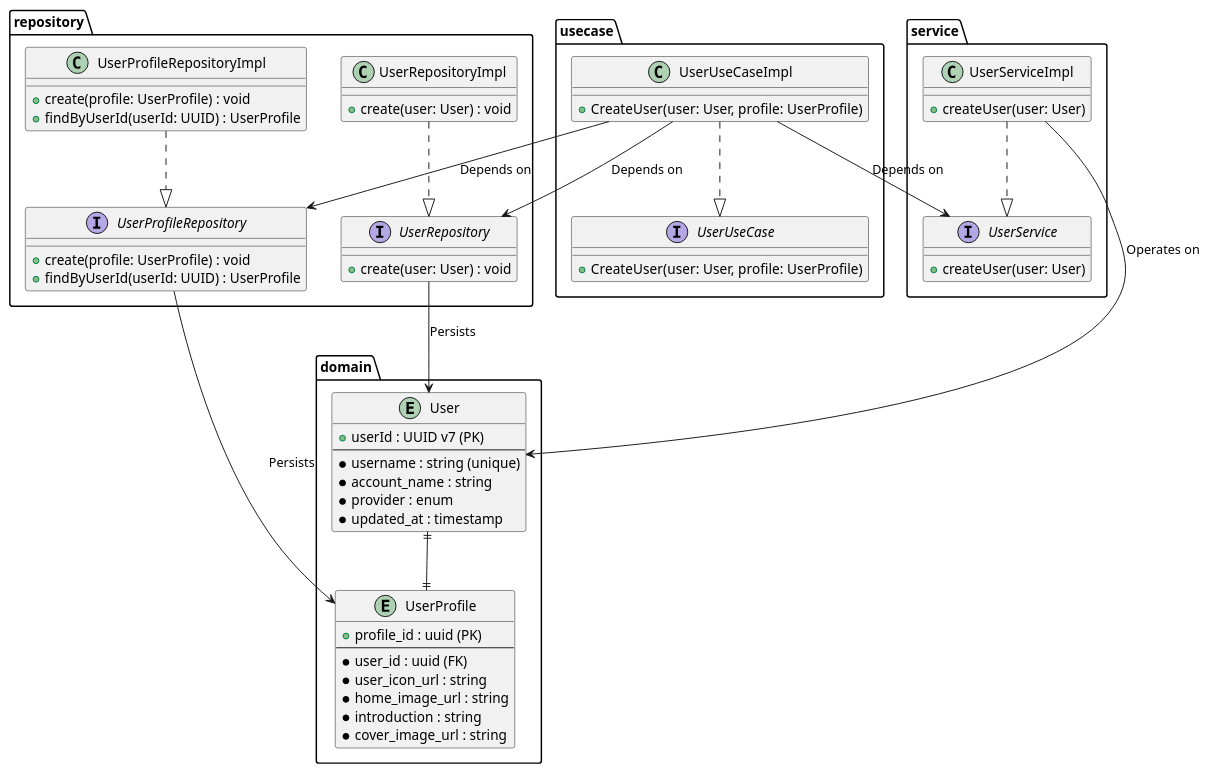
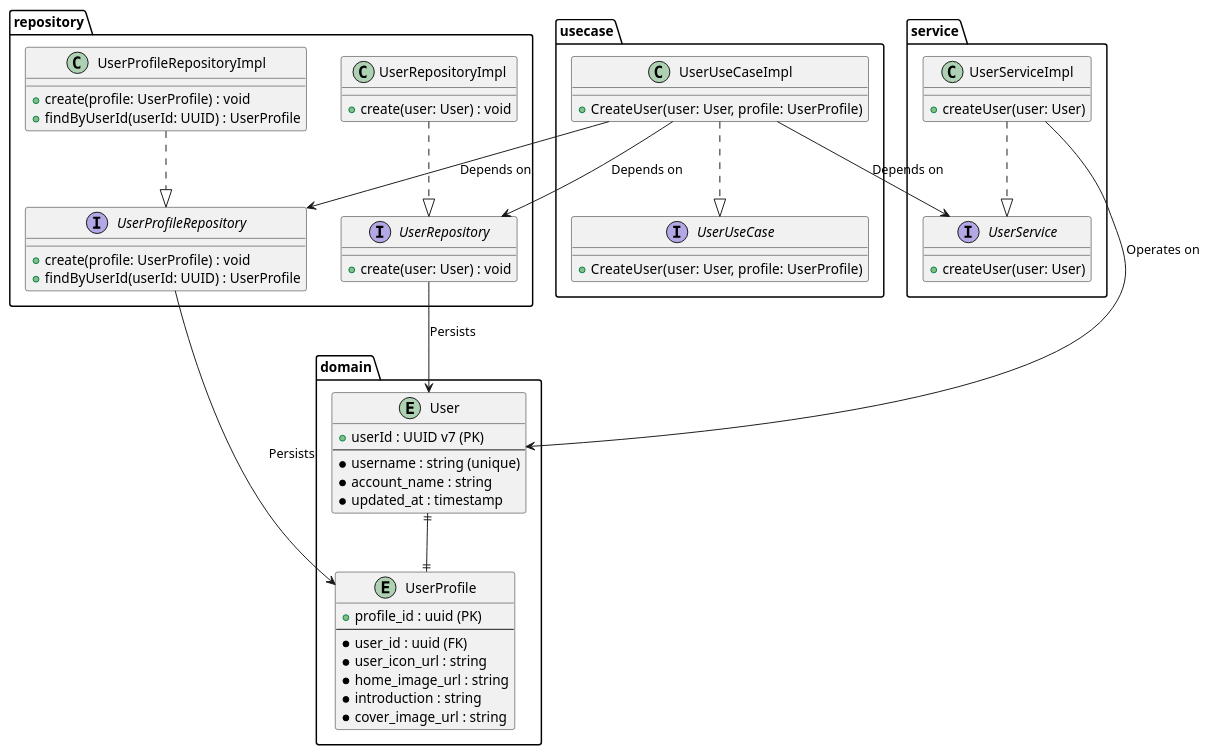
The diagram in go/services/users/docs/classDiagram.pu (POPOTINESU/GrowthSphere), drawn with PlantUML before and after one commit. The commit also changed 3 other files, not shown here.

Commit message:
doc: move provider to authSchema

```diff
--- a/go/services/users/docs/classDiagram.pu
+++ b/go/services/users/docs/classDiagram.pu
@@ -1,78 +1,77 @@
 @startuml
 package domain {
     entity User {
         + userId : UUID v7 (PK)
         --
         * username : string (unique)
         * account_name : string
-        * provider : enum
         * updated_at : timestamp
     }
 
     entity UserProfile {
         + profile_id : uuid (PK)
         --
         * user_id : uuid (FK)
         * user_icon_url : string
         * home_image_url : string
         * introduction : string
         * cover_image_url : string
     }
 
     User ||--|| UserProfile
 }
 
 package usecase {
     interface UserUseCase {
         + CreateUser(user: User, profile: UserProfile)
     }
 
     class UserUseCaseImpl {
         + CreateUser(user: User, profile: UserProfile)
     }
 }
 
 package service {
     interface UserService {
         + createUser(user: User)
     }
 
     class UserServiceImpl {
         + createUser(user: User)
     }
 }
 
 package repository {
     interface UserRepository {
         + create(user: User) : void
     }
 
     interface UserProfileRepository {
         + create(profile: UserProfile) : void
         + findByUserId(userId: UUID) : UserProfile
     }
 
     class UserRepositoryImpl {
         + create(user: User) : void
     }
 
     class UserProfileRepositoryImpl {
         + create(profile: UserProfile) : void
         + findByUserId(userId: UUID) : UserProfile
     }
 }
 
 UserUseCaseImpl ..|> UserUseCase
 UserUseCaseImpl --> UserService : Depends on
 UserUseCaseImpl --> UserRepository : Depends on
 UserUseCaseImpl --> UserProfileRepository : Depends on
 
 UserServiceImpl ..|> UserService
 UserServiceImpl --> User : Operates on
 
 UserRepositoryImpl ..|> UserRepository
 UserProfileRepositoryImpl ..|> UserProfileRepository
 
 UserRepository --> User : Persists
 UserProfileRepository --> UserProfile : Persists
 @enduml
```
